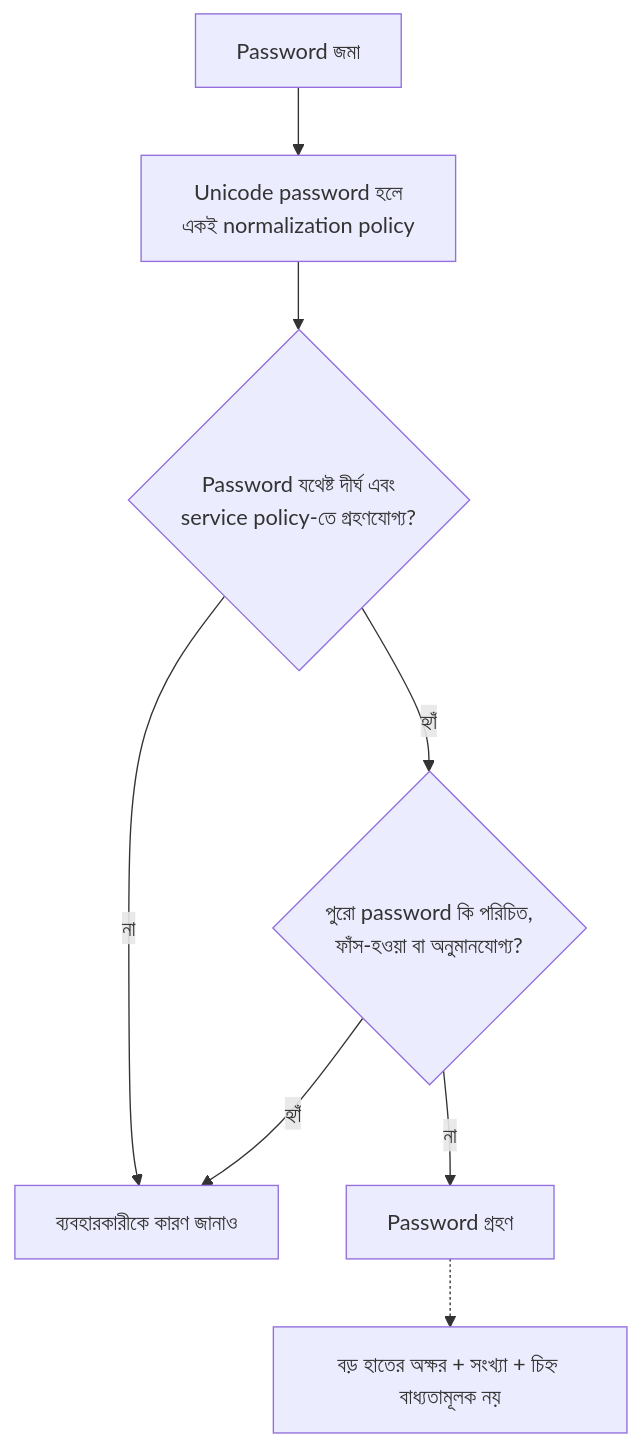
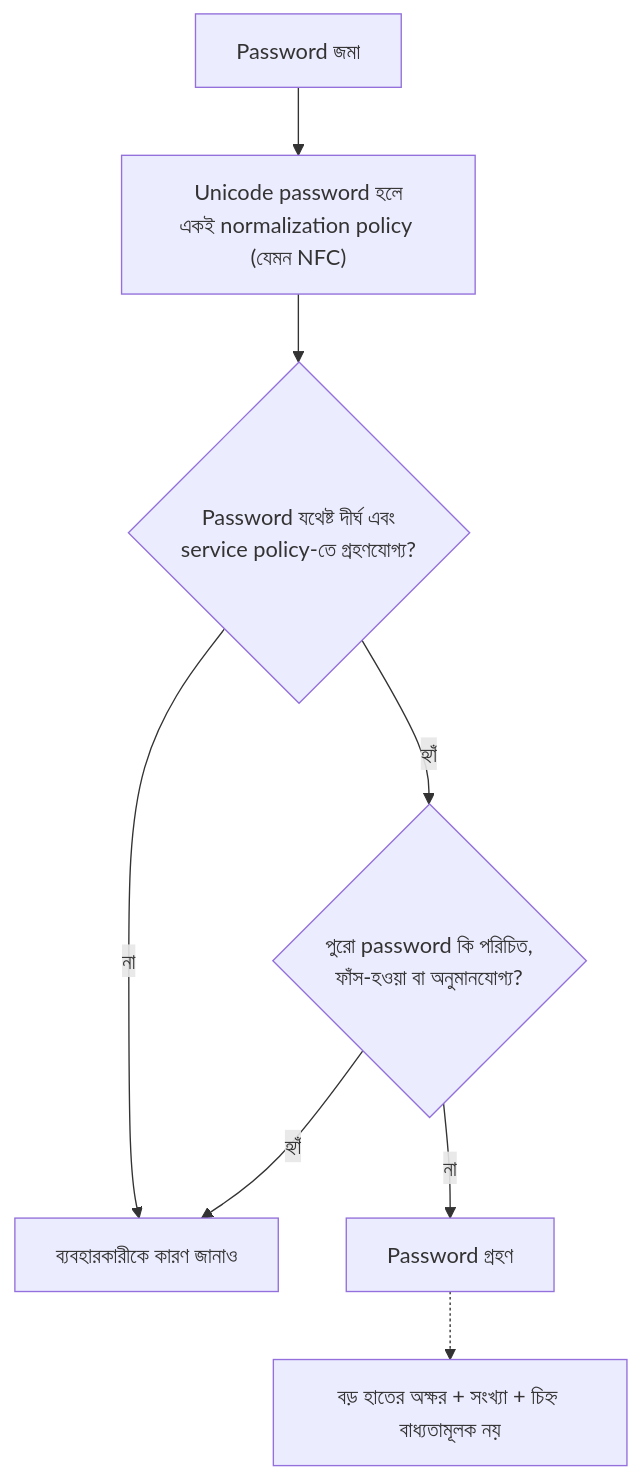
One commit to shomi-khan/auth-security-journey changed the eighth of 8 diagrams in series/season-1-browser-session-token/03-password-security/README.md. Above: the diagram before and after it, drawn with Mermaid. The commit also changed other lines of this file, not shown here.

Commit message:
docs(chapter 3): tighten security claims and Unicode guidance

````diff
--- a/series/season-1-browser-session-token/03-password-security/README.md
+++ b/series/season-1-browser-session-token/03-password-security/README.md
@@ -353,10 +353,10 @@
 ```mermaid
 flowchart TD
-    P["Password জমা"] --> N["Unicode password হলে<br/>একই normalization policy"]
+    P["Password জমা"] --> N["Unicode password হলে<br/>একই normalization policy (যেমন NFC)"]
     N --> L{"Password যথেষ্ট দীর্ঘ এবং<br/>service policy-তে গ্রহণযোগ্য?"}
     L -->|"না"| R["ব্যবহারকারীকে কারণ জানাও"]
     L -->|"হ্যাঁ"| B{"পুরো password কি পরিচিত,<br/>ফাঁস-হওয়া বা অনুমানযোগ্য?"}
     B -->|"হ্যাঁ"| R
     B -->|"না"| A["Password গ্রহণ"]
     A -.-> X["বড় হাতের অক্ষর + সংখ্যা + চিহ্ন বাধ্যতামূলক নয়"]
 ```
````
